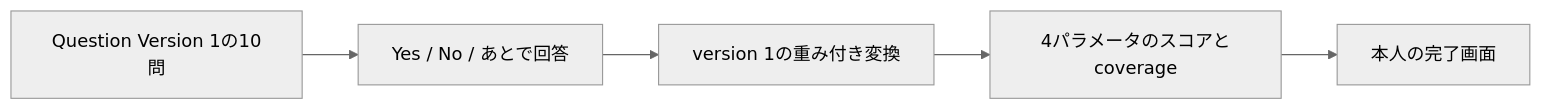
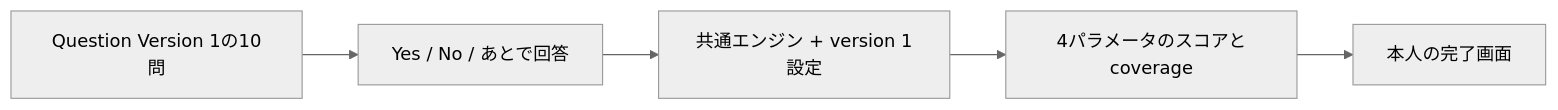
Before and after one commit to kkyosuke/me-builder: the diagram in docs/relationship-priority-parameter-design.md, drawn with Mermaid (neutral theme). The commit also changed other lines of this file and 8 other files, not shown here.

````diff
--- a/docs/relationship-priority-parameter-design.md
+++ b/docs/relationship-priority-parameter-design.md
@@ -86,7 +86,7 @@
 ```mermaid
 flowchart LR
     Q[Question Version 1の10問] --> A[Yes / No / あとで回答]
-    A --> S[version 1の重み付き変換]
+    A --> S[共通エンジン + version 1設定]
     S --> P[4パラメータのスコアとcoverage]
     P --> U[本人の完了画面]
 ```
````
